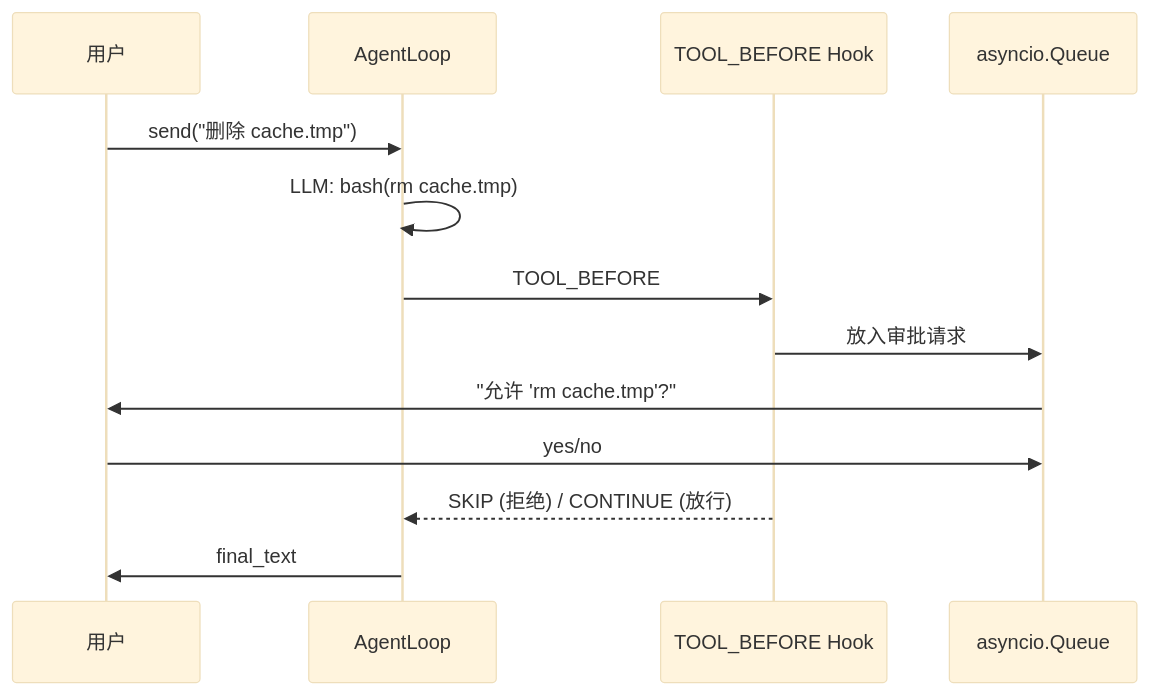
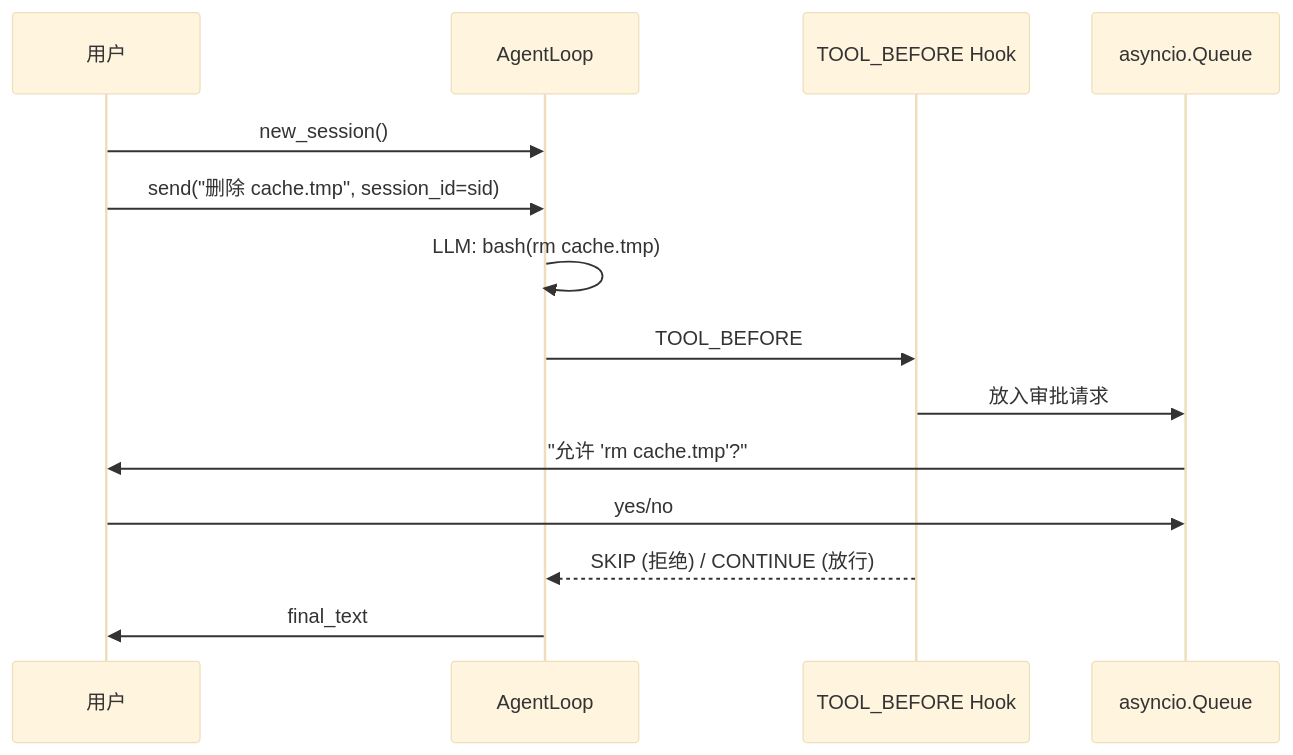
Before and after one commit to PL-play/power-loop: the diagram in docs/zh/tutorials/human-in-the-loop.md, drawn with Mermaid (base theme). The commit also changed other lines of this file and 58 other files, not shown here.

````diff
--- a/docs/zh/tutorials/human-in-the-loop.md
+++ b/docs/zh/tutorials/human-in-the-loop.md
@@ -31,16 +31,17 @@
 ```mermaid
 sequenceDiagram
     participant U as 用户
     participant L as AgentLoop
     participant H as TOOL_BEFORE Hook
     participant Q as asyncio.Queue
 
-    U->>L: send("删除 cache.tmp")
+    U->>L: new_session()
+    U->>L: send("删除 cache.tmp", session_id=sid)
     L->>L: LLM: bash(rm cache.tmp)
     L->>H: TOOL_BEFORE
     H->>Q: 放入审批请求
     Q->>U: "允许 'rm cache.tmp'?"
     U->>Q: yes/no
     H-->>L: SKIP (拒绝) / CONTINUE (放行)
     L->>U: final_text
 ```
````
